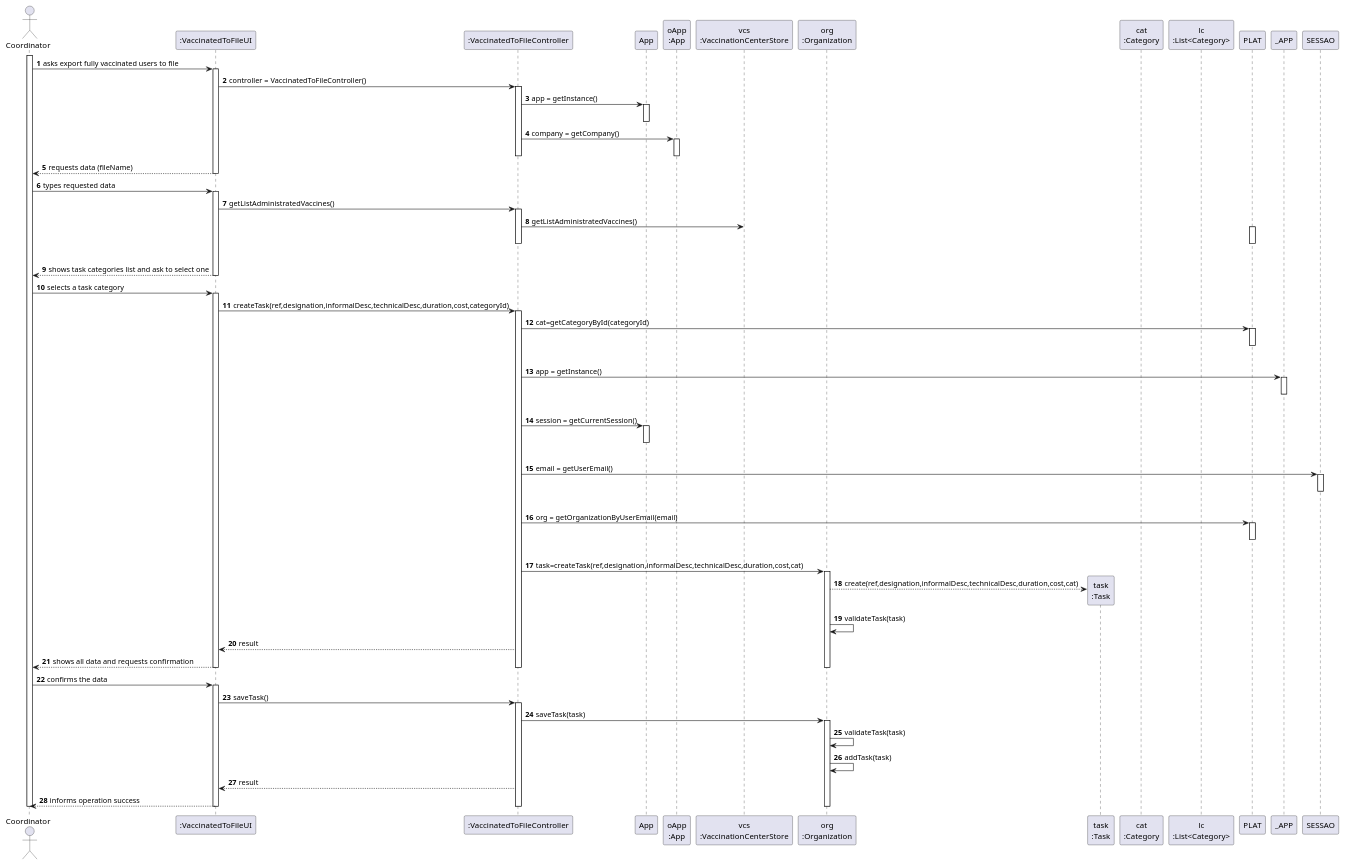
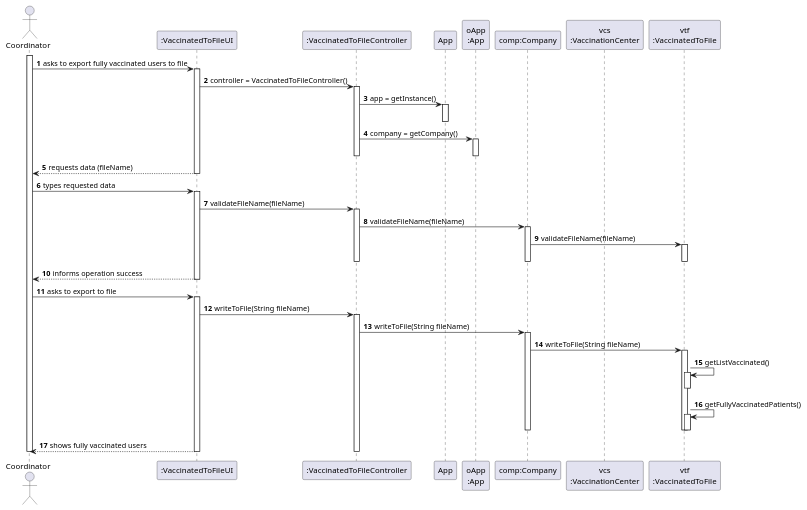
Before and after one commit to diogonapoles/isep-lapr2: the diagram in docs/SprintD/US15/US15_SD.puml, drawn with PlantUML. The commit also changed 10 other files, not shown here.

```diff
--- a/docs/SprintD/US15/US15_SD.puml
+++ b/docs/SprintD/US15/US15_SD.puml
@@ -1,114 +1,81 @@
 @startuml
 autonumber
 
 actor "Coordinator" as COO
 
 participant ":VaccinatedToFileUI" as UI
 participant ":VaccinatedToFileController" as CTRL
 participant "App" as APP
 participant "oApp\n:App" as oApp
-participant "vcs\n:VaccinationCenterStore" as VCS
-participant "org\n:Organization" as ORG
-participant "task\n:Task" as TAREFA
-participant "cat\n:Category" as CAT
-participant "lc\n:List<Category>" as LIST_CAT
+participant "comp:Company" as COMP
+participant "vcs\n:VaccinationCenter" as VC
+participant "vtf\n:VaccinatedToFile" as VTF
 
 activate COO
-COO -> UI : asks export fully vaccinated users to file
+COO -> UI : asks to export fully vaccinated users to file
 activate UI
 UI -> CTRL : controller = VaccinatedToFileController()
 activate CTRL
 CTRL -> APP : app = getInstance()
 activate APP
 deactivate APP
 CTRL -> oApp : company = getCompany()
 activate oApp
 deactivate oApp
 
 deactivate CTRL
 
 UI --> COO : requests data (fileName)
 deactivate UI
 
 COO -> UI : types requested data
 activate UI
 
-UI -> CTRL : getListAdministratedVaccines()
+UI -> CTRL : validateFileName(fileName)
 activate CTRL
 
-CTRL -> VCS : getListAdministratedVaccines()
-activate PLAT
-|||
-deactivate PLAT
+CTRL -> COMP : validateFileName(fileName)
+activate COMP
+
+COMP -> VTF : validateFileName(fileName)
+activate VTF
+deactivate VTF
+deactivate COMP
+
 deactivate CTRL
 
-UI --> COO : shows task categories list and ask to select one
-deactivate PLAT
+UI --> COO : informs operation success
+
 deactivate UI
 
-COO -> UI : selects a task category
+COO -> UI : asks to export to file
 activate UI
 
-UI -> CTRL : createTask(ref,designation,informalDesc,technicalDesc,duration,cost,categoryId)
+UI -> CTRL : writeToFile(String fileName)
 activate CTRL
 
-CTRL -> PLAT : cat=getCategoryById(categoryId)
-activate PLAT
-|||
-deactivate PLAT
+CTRL -> COMP : writeToFile(String fileName)
+activate COMP
 
-CTRL -> _APP: app = getInstance()
-activate _APP
-|||
-deactivate _APP
+COMP -> VTF : writeToFile(String fileName)
+activate VTF
 
-CTRL -> APP: session = getCurrentSession()
-activate APP
-|||
-deactivate APP
+VTF -> VTF : getListVaccinated()
+activate VTF
+deactivate VTF
+VTF -> VTF : getFullyVaccinatedPatients()
+activate VTF
+deactivate VTF
 
-CTRL -> SESSAO: email = getUserEmail()
-activate SESSAO
-|||
-deactivate SESSAO
+deactivate VTF
+deactivate VTF
+deactivate COMP
 
-CTRL -> PLAT: org = getOrganizationByUserEmail(email)
-activate PLAT
-|||
-deactivate PLAT
 
-CTRL -> ORG: task=createTask(ref,designation,informalDesc,technicalDesc,duration,cost,cat)
-activate ORG
-
-ORG --> TAREFA**: create(ref,designation,informalDesc,technicalDesc,duration,cost,cat)
-ORG -> ORG: validateTask(task)
-
-CTRL --> UI: result
-
-UI --> COO: shows all data and requests confirmation
-deactivate ORG
-deactivate PLAT
-deactivate CTRL
-deactivate UI
-
-COO -> UI : confirms the data
-activate UI
-UI -> CTRL : saveTask()
-activate CTRL
-
-CTRL -> ORG : saveTask(task)
-activate ORG
-
-ORG -> ORG: validateTask(task)
-ORG -> ORG: addTask(task)
-
-CTRL --> UI: result
-
-UI --> COO : informs operation success
-deactivate ORG
+UI --> COO : shows fully vaccinated users
 deactivate CTRL
 deactivate UI
 
 deactivate COO
 
 @enduml
```
